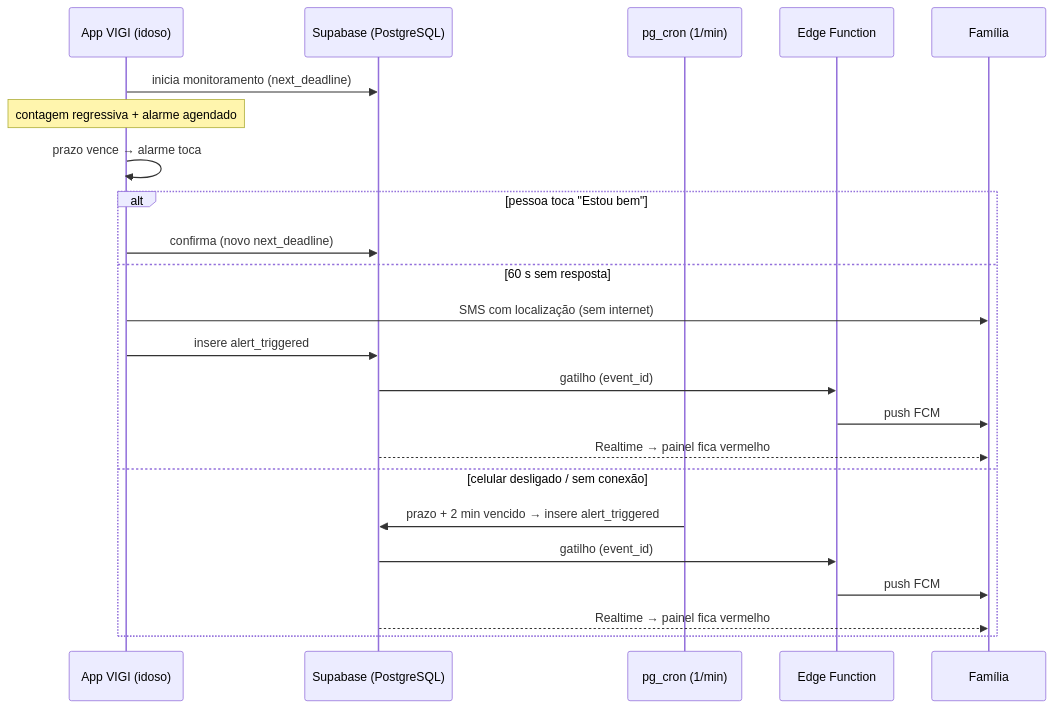
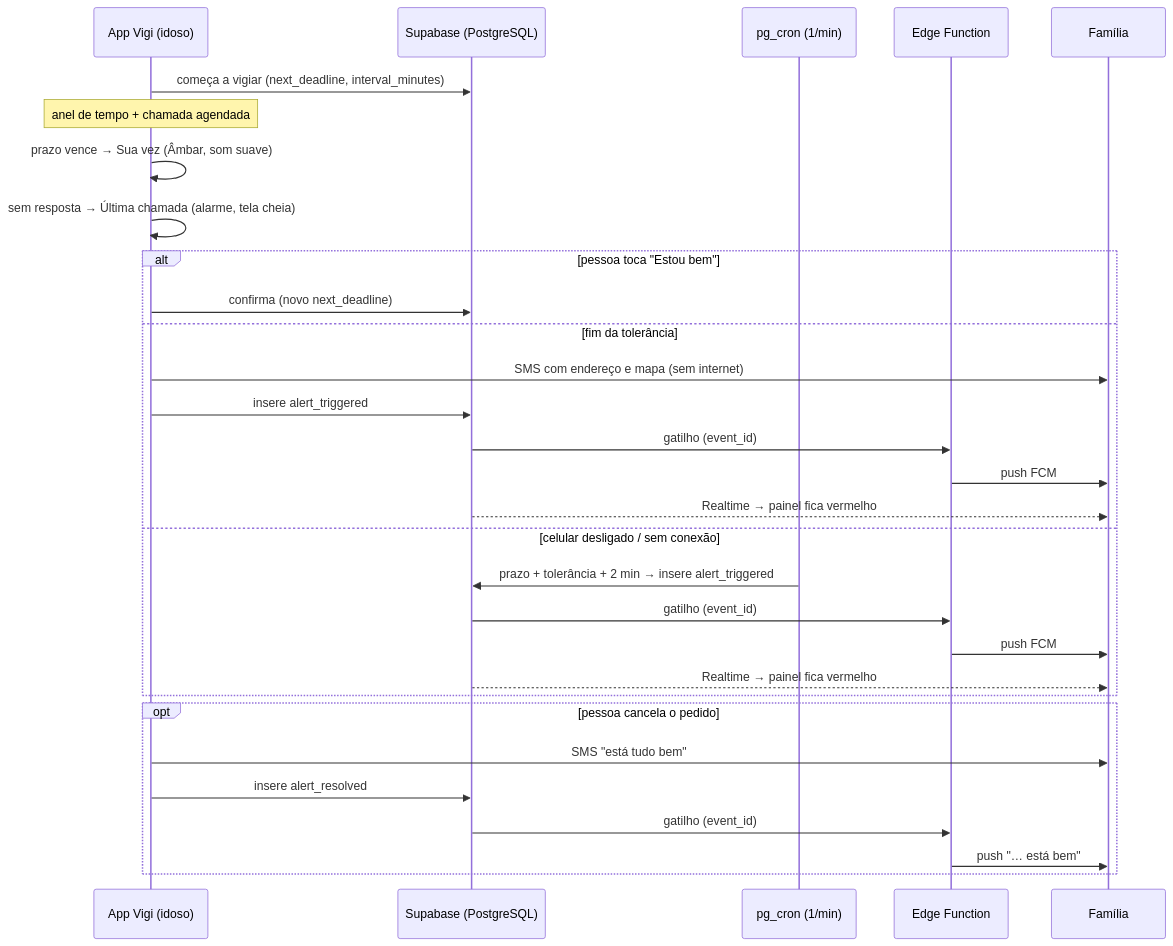
The second of 3 diagrams in docs/ARQUITETURA.md (geffinh0/vigi), drawn with Mermaid before and after one commit. The commit also changed other lines of this file and 33 other files, not shown here.

````diff
--- a/docs/ARQUITETURA.md
+++ b/docs/ARQUITETURA.md
@@ -41,26 +75,33 @@
 ```mermaid
 sequenceDiagram
-    participant App as App VIGI (idoso)
+    participant App as App Vigi (idoso)
     participant DB as Supabase (PostgreSQL)
     participant Cron as pg_cron (1/min)
     participant EF as Edge Function
     participant Fam as Família
 
-    App->>DB: inicia monitoramento (next_deadline)
-    Note over App: contagem regressiva + alarme agendado
-    App->>App: prazo vence → alarme toca
+    App->>DB: começa a vigiar (next_deadline, interval_minutes)
+    Note over App: anel de tempo + chamada agendada
+    App->>App: prazo vence → Sua vez (Âmbar, som suave)
+    App->>App: sem resposta → Última chamada (alarme, tela cheia)
     alt pessoa toca "Estou bem"
         App->>DB: confirma (novo next_deadline)
-    else 60 s sem resposta
-        App->>Fam: SMS com localização (sem internet)
+    else fim da tolerância
+        App->>Fam: SMS com endereço e mapa (sem internet)
         App->>DB: insere alert_triggered
         DB->>EF: gatilho (event_id)
         EF->>Fam: push FCM
         DB-->>Fam: Realtime → painel fica vermelho
     else celular desligado / sem conexão
-        Cron->>DB: prazo + 2 min vencido → insere alert_triggered
+        Cron->>DB: prazo + tolerância + 2 min → insere alert_triggered
         DB->>EF: gatilho (event_id)
         EF->>Fam: push FCM
         DB-->>Fam: Realtime → painel fica vermelho
     end
+    opt pessoa cancela o pedido
+        App->>Fam: SMS "está tudo bem"
+        App->>DB: insere alert_resolved
+        DB->>EF: gatilho (event_id)
+        EF->>Fam: push "… está bem"
+    end
 ```
````
